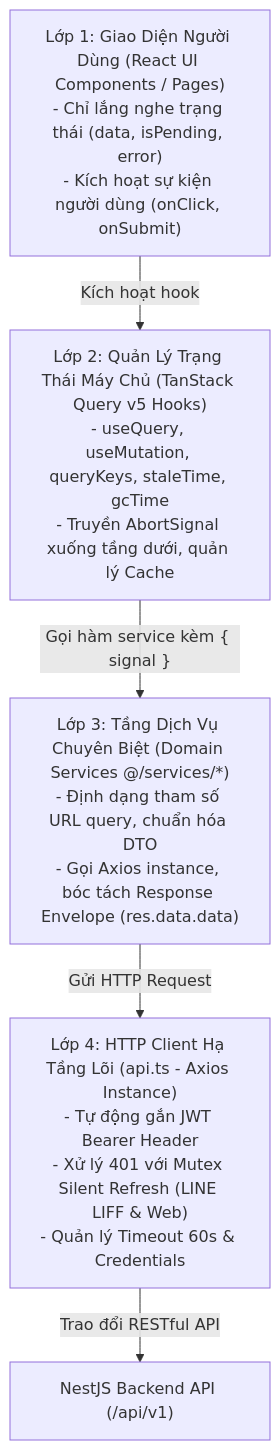
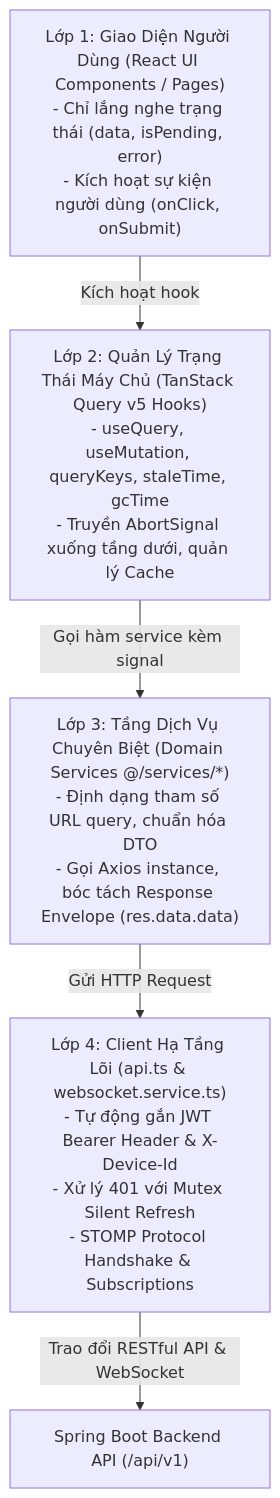
Before and after one commit to lethanhan01/Social-network-for-student-Generated-Question-Bank: the diagram in src/services/README.md, drawn with Mermaid. The commit also changed other lines of this file and 63 other files, not shown here.

````diff
--- a/src/services/README.md
+++ b/src/services/README.md
@@ -31,12 +30,12 @@
 ```mermaid
 graph TD
     UI["Lớp 1: Giao Diện Người Dùng (React UI Components / Pages)<br/>- Chỉ lắng nghe trạng thái (data, isPending, error)<br/>- Kích hoạt sự kiện người dùng (onClick, onSubmit)"]
     TQ["Lớp 2: Quản Lý Trạng Thái Máy Chủ (TanStack Query v5 Hooks)<br/>- useQuery, useMutation, queryKeys, staleTime, gcTime<br/>- Truyền AbortSignal xuống tầng dưới, quản lý Cache"]
     SVC["Lớp 3: Tầng Dịch Vụ Chuyên Biệt (Domain Services @/services/*)<br/>- Định dạng tham số URL query, chuẩn hóa DTO<br/>- Gọi Axios instance, bóc tách Response Envelope (res.data.data)"]
-    AX["Lớp 4: HTTP Client Hạ Tầng Lõi (api.ts - Axios Instance)<br/>- Tự động gắn JWT Bearer Header<br/>- Xử lý 401 với Mutex Silent Refresh (LINE LIFF & Web)<br/>- Quản lý Timeout 60s & Credentials"]
+    AX["Lớp 4: Client Hạ Tầng Lõi (api.ts & websocket.service.ts)<br/>- Tự động gắn JWT Bearer Header & X-Device-Id<br/>- Xử lý 401 với Mutex Silent Refresh<br/>- STOMP Protocol Handshake & Subscriptions"]
 
     UI -->|"Kích hoạt hook"| TQ
-    TQ -->|"Gọi hàm service kèm { signal }"| SVC
+    TQ -->|"Gọi hàm service kèm signal"| SVC
     SVC -->|"Gửi HTTP Request"| AX
-    AX -->|"Trao đổi RESTful API"| BE["NestJS Backend API (/api/v1)"]
+    AX -->|"Trao đổi RESTful API & WebSocket"| BE["Spring Boot Backend API (/api/v1)"]
 ```
````
